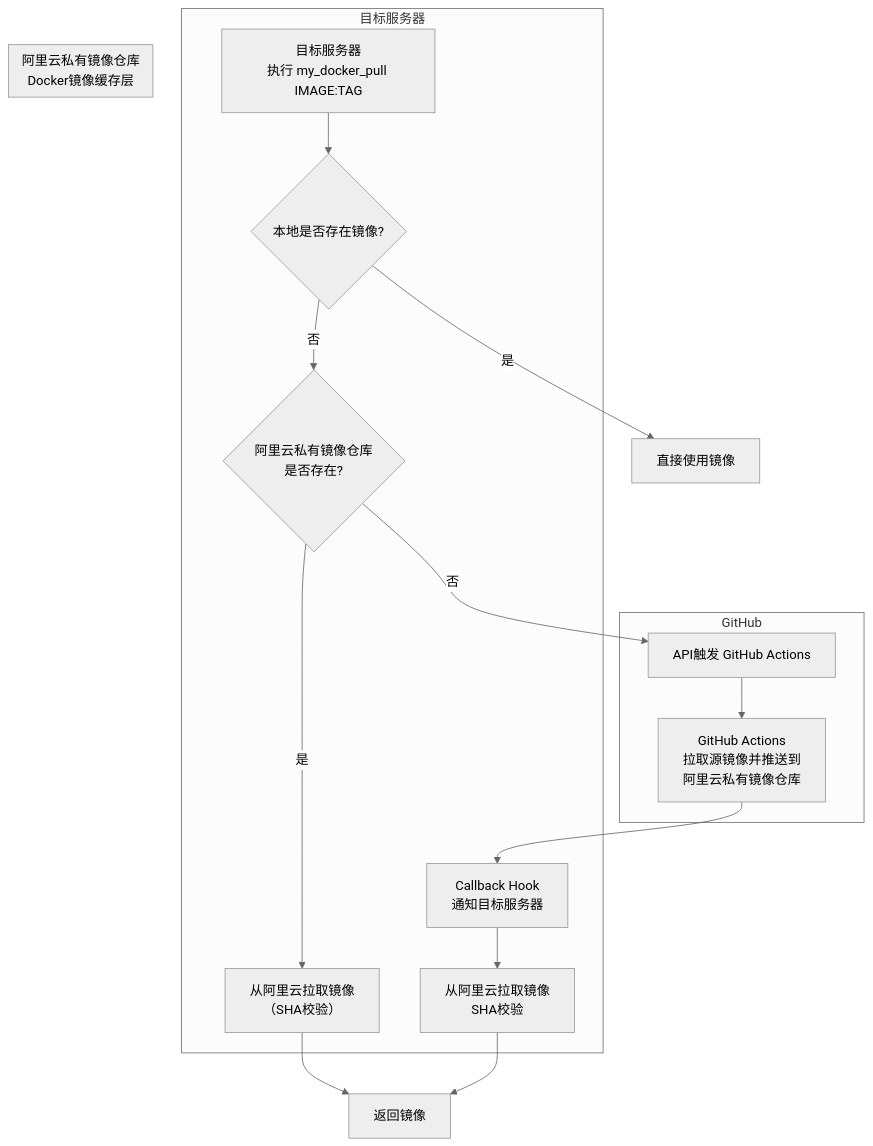
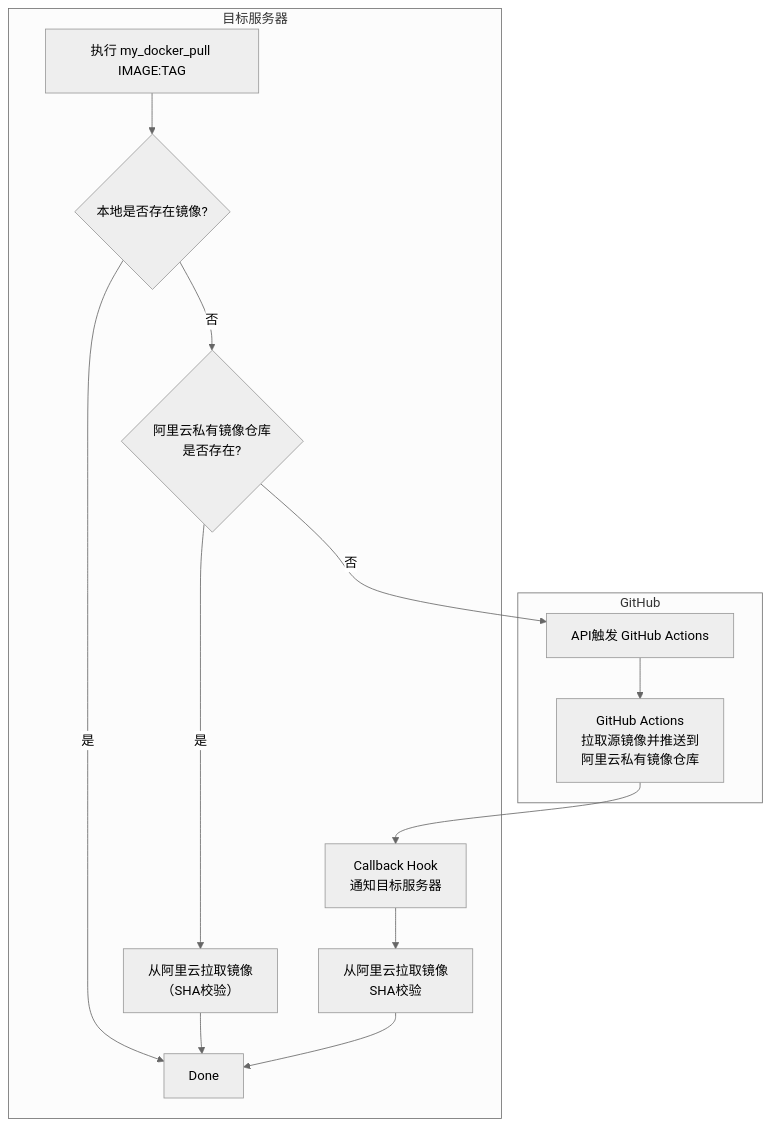
One commit to LetMeFly666/my_docker_pull changed the diagram in README.md. Above: the diagram before and after it, drawn with Mermaid (neutral theme). The commit also changed other lines of this file, not shown here.

````diff
--- a/README.md
+++ b/README.md
@@ -13,41 +13,37 @@
 ```mermaid
 flowchart TD
-    A[目标服务器<br/>执行 my_docker_pull IMAGE:TAG] --> B{本地是否存在镜像?}
+    Begin[执行 my_docker_pull IMAGE:TAG] --> HasLocal{本地是否存在镜像?}
 
-    B -->|是| C[直接使用镜像]
+    HasLocal -->|是|Done
 
-    B -->|否| D{阿里云私有镜像仓库<br/>是否存在?}
+    HasLocal -->|否| HasRegistry{阿里云私有镜像仓库<br/>是否存在?}
 
-    D -->|是| E[从阿里云拉取镜像<br/>（SHA校验）]
-    E --> F[返回镜像]
+    HasRegistry -->|是| PullFromRegistryDirectly[从阿里云拉取镜像<br/>（SHA校验）]
+    PullFromRegistryDirectly --> Done
 
-    D -->|否| G[API触发 GitHub Actions]
+    HasRegistry -->|否| G[API触发 GitHub Actions]
 
     G --> H[GitHub Actions<br/>拉取源镜像并推送到<br/>阿里云私有镜像仓库]
 
-    H --> I[Callback Hook<br/>通知目标服务器]
+    H --> Callback[Callback Hook<br/>通知目标服务器]
 
-    I --> J[从阿里云拉取镜像<br/>SHA校验]
+    Callback --> PullFromRegistryAndCheck[从阿里云拉取镜像<br/>SHA校验]
 
-    J --> F
+    PullFromRegistryAndCheck --> Done
 
 
     subgraph Server[目标服务器]
-        A
-        B
-        D
-        E
-        I
-        J
+        Begin
+        HasLocal
+        HasRegistry
+        PullFromRegistryDirectly
+        Callback
+        PullFromRegistryAndCheck
+        Done
     end
 
     subgraph GitHub[GitHub]
         G
         H
     end
-
-    subgraph ACR[阿里云私有镜像仓库<br/>Docker镜像缓存层]
-        E
-        H
-    end
 ```
````
